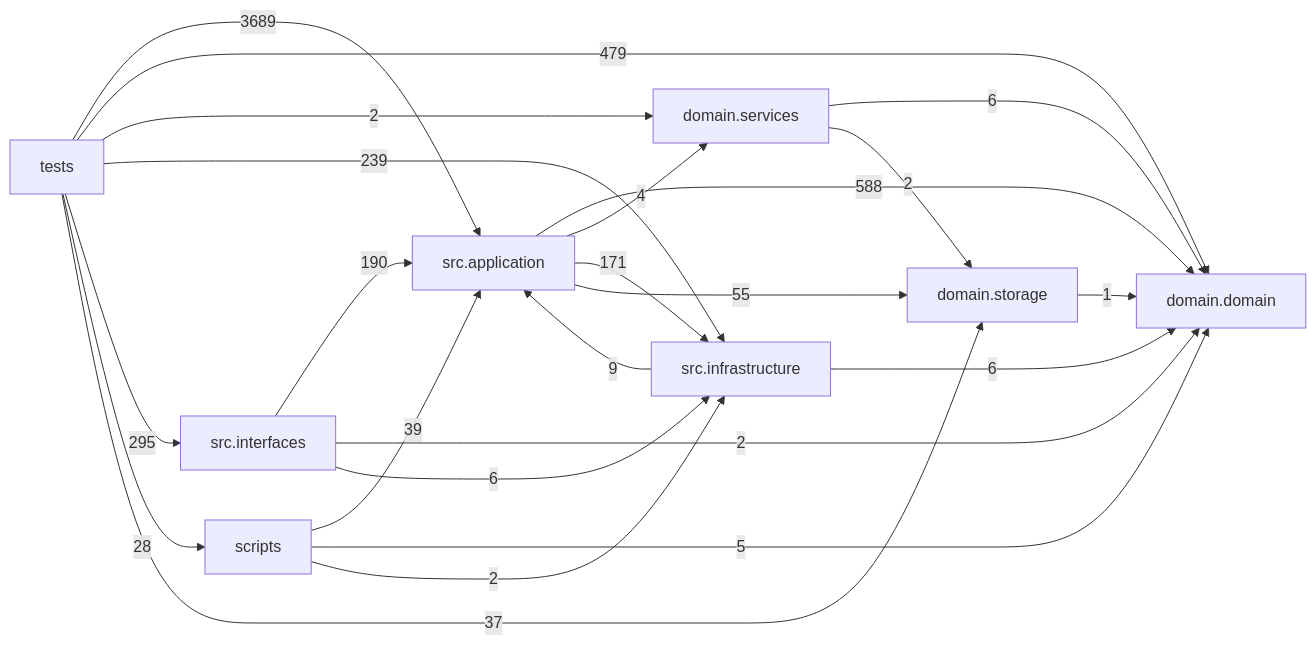
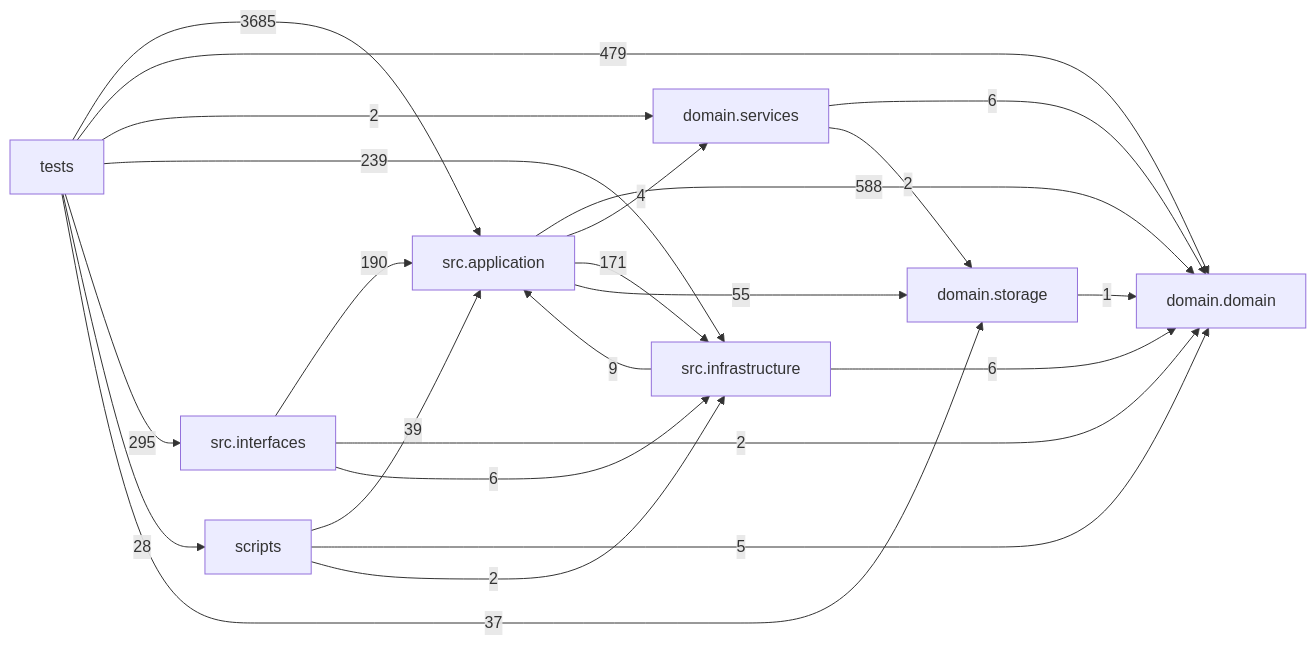
Before and after one commit to liuxie066/options-monitor: the diagram in docs/DEPENDENCY_GRAPH.md, drawn with Mermaid. The commit also changed other lines of this file, not shown here.

Commit message:
docs(graph): refresh after close advice test retirement

````diff
--- a/docs/DEPENDENCY_GRAPH.md
+++ b/docs/DEPENDENCY_GRAPH.md
@@ -24,33 +24,33 @@
 ```mermaid
 flowchart LR
   tests["tests"]
   scripts["scripts"]
   interfaces["src.interfaces"]
   application["src.application"]
   infrastructure["src.infrastructure"]
   domain_services["domain.services"]
   domain["domain.domain"]
   storage["domain.storage"]
   application -->|588| domain
   application -->|4| domain_services
   application -->|171| infrastructure
   application -->|55| storage
   domain_services -->|6| domain
   domain_services -->|2| storage
   infrastructure -->|9| application
   infrastructure -->|6| domain
   interfaces -->|190| application
   interfaces -->|2| domain
   interfaces -->|6| infrastructure
   scripts -->|39| application
   scripts -->|5| domain
   scripts -->|2| infrastructure
   storage -->|1| domain
-  tests -->|3689| application
+  tests -->|3685| application
   tests -->|479| domain
   tests -->|2| domain_services
   tests -->|239| infrastructure
   tests -->|295| interfaces
   tests -->|28| scripts
   tests -->|37| storage
 ```
````
